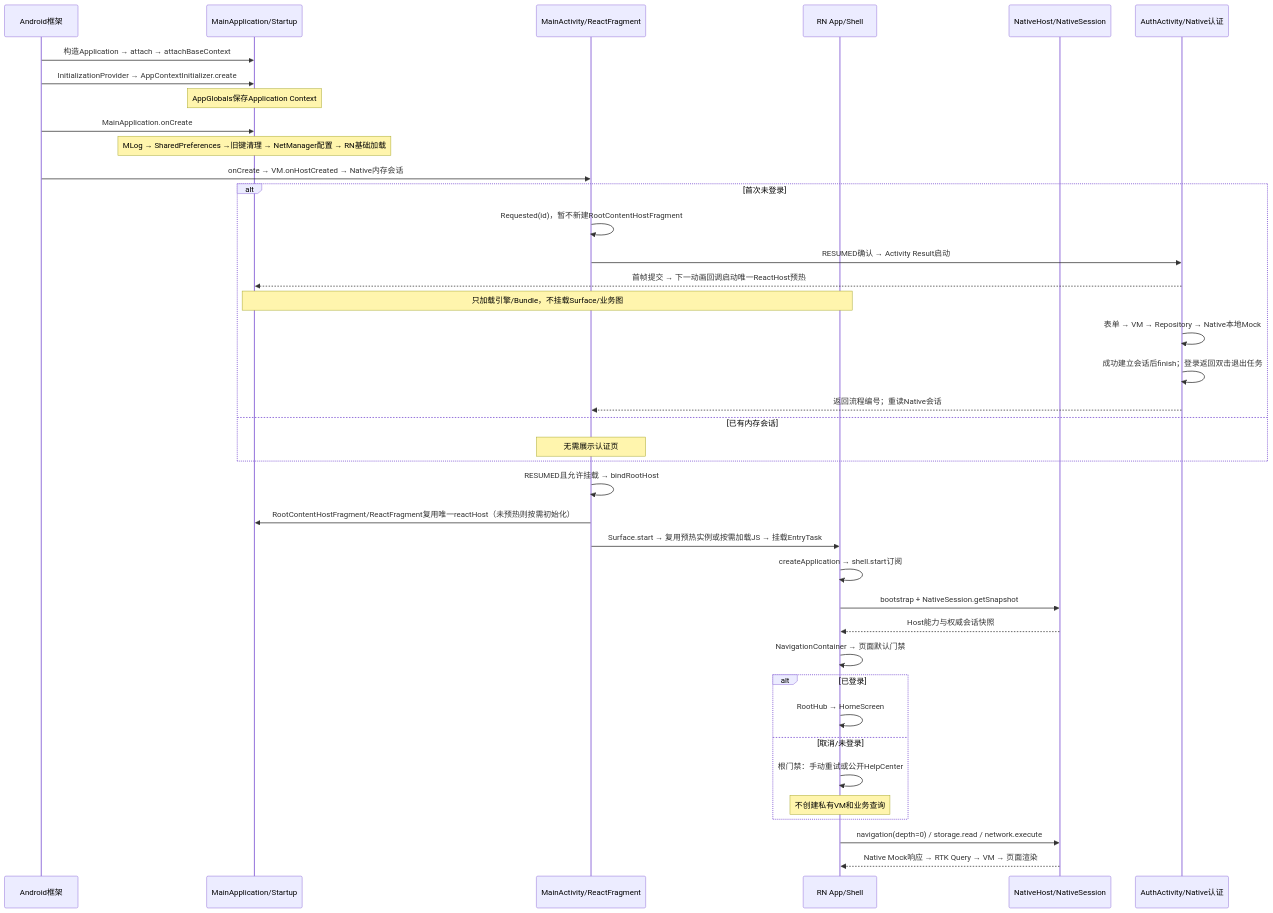
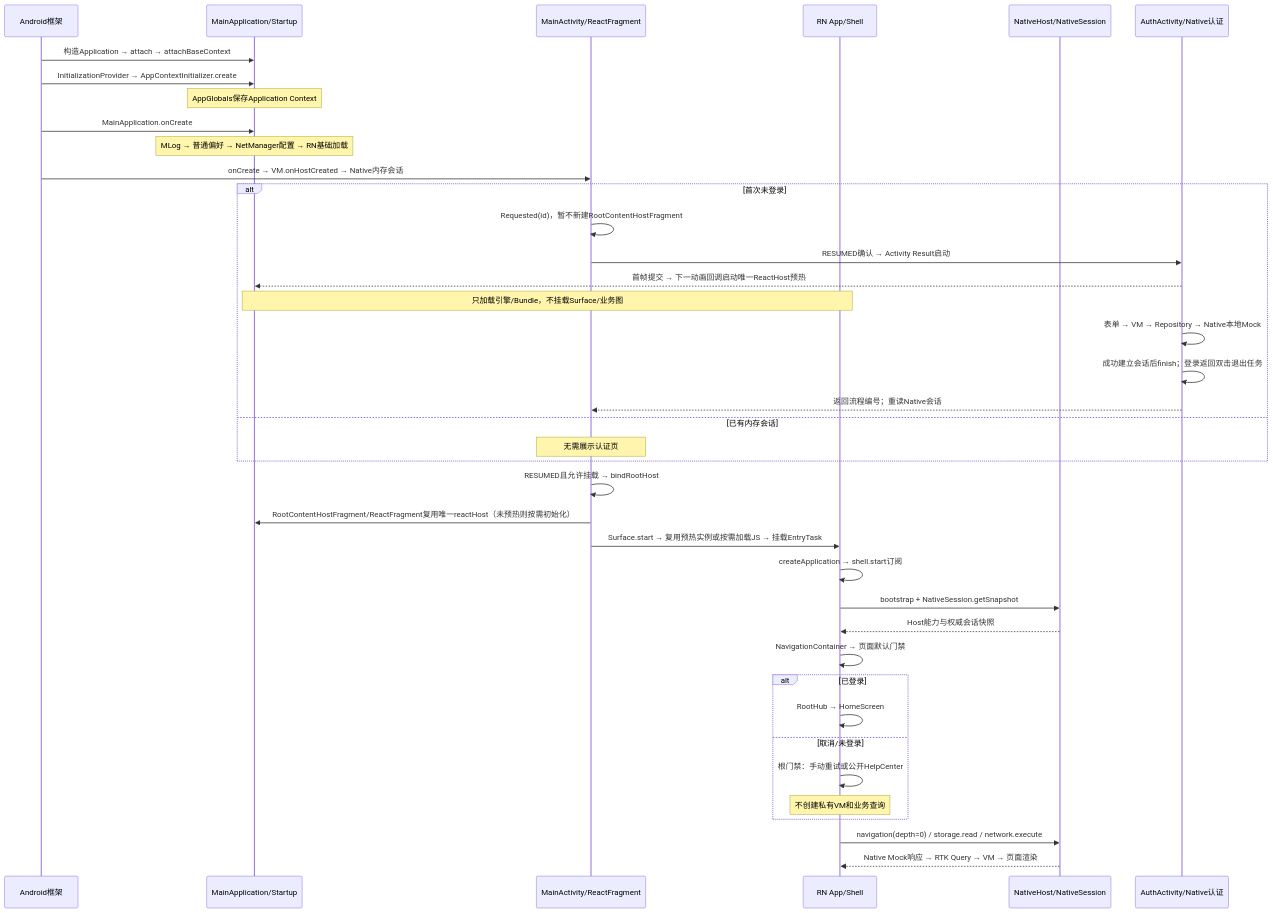
Before and after one commit to rickdynasty/EntryTask: the diagram in docs/development/启动与登录全链路源码详解.md, drawn with Mermaid. The commit also changed other lines of this file and 114 other files, not shown here.

````diff
--- a/docs/development/启动与登录全链路源码详解.md
+++ b/docs/development/启动与登录全链路源码详解.md
@@ -26,41 +24,41 @@
 ```mermaid
 sequenceDiagram
     participant OS as Android框架
     participant APP as MainApplication/Startup
     participant MAIN as MainActivity/ReactFragment
     participant RN as RN App/Shell
     participant BR as NativeHost/NativeSession
     participant AUTH as AuthActivity/Native认证
     OS->>APP: 构造Application → attach → attachBaseContext
     OS->>APP: InitializationProvider → AppContextInitializer.create
     Note over APP: AppGlobals保存Application Context
     OS->>APP: MainApplication.onCreate
-    Note over APP: MLog → SharedPreferences →旧键清理 → NetManager配置 → RN基础加载
+    Note over APP: MLog → 普通偏好 → NetManager配置 → RN基础加载
     OS->>MAIN: onCreate → VM.onHostCreated → Native内存会话
     alt 首次未登录
         MAIN->>MAIN: Requested(id)，暂不新建RootContentHostFragment
         MAIN->>AUTH: RESUMED确认 → Activity Result启动
         AUTH-->>APP: 首帧提交 → 下一动画回调启动唯一ReactHost预热
         Note over APP,RN: 只加载引擎/Bundle，不挂载Surface/业务图
         AUTH->>AUTH: 表单 → VM → Repository → Native本地Mock
         AUTH->>AUTH: 成功建立会话后finish；登录返回双击退出任务
         AUTH-->>MAIN: 返回流程编号；重读Native会话
     else 已有内存会话
         Note over MAIN: 无需展示认证页
     end
     MAIN->>MAIN: RESUMED且允许挂载 → bindRootHost
     MAIN->>APP: RootContentHostFragment/ReactFragment复用唯一reactHost（未预热则按需初始化）
     MAIN->>RN: Surface.start → 复用预热实例或按需加载JS → 挂载EntryTask
     RN->>RN: createApplication → shell.start订阅
     RN->>BR: bootstrap + NativeSession.getSnapshot
     BR-->>RN: Host能力与权威会话快照
     RN->>RN: NavigationContainer → 页面默认门禁
     alt 已登录
         RN->>RN: RootHub → HomeScreen
     else 取消/未登录
         RN->>RN: 根门禁：手动重试或公开HelpCenter
         Note over RN: 不创建私有VM和业务查询
     end
     RN->>BR: navigation(depth=0) / storage.read / network.execute
     BR-->>RN: Native Mock响应 → RTK Query → VM → 页面渲染
 ```
````
